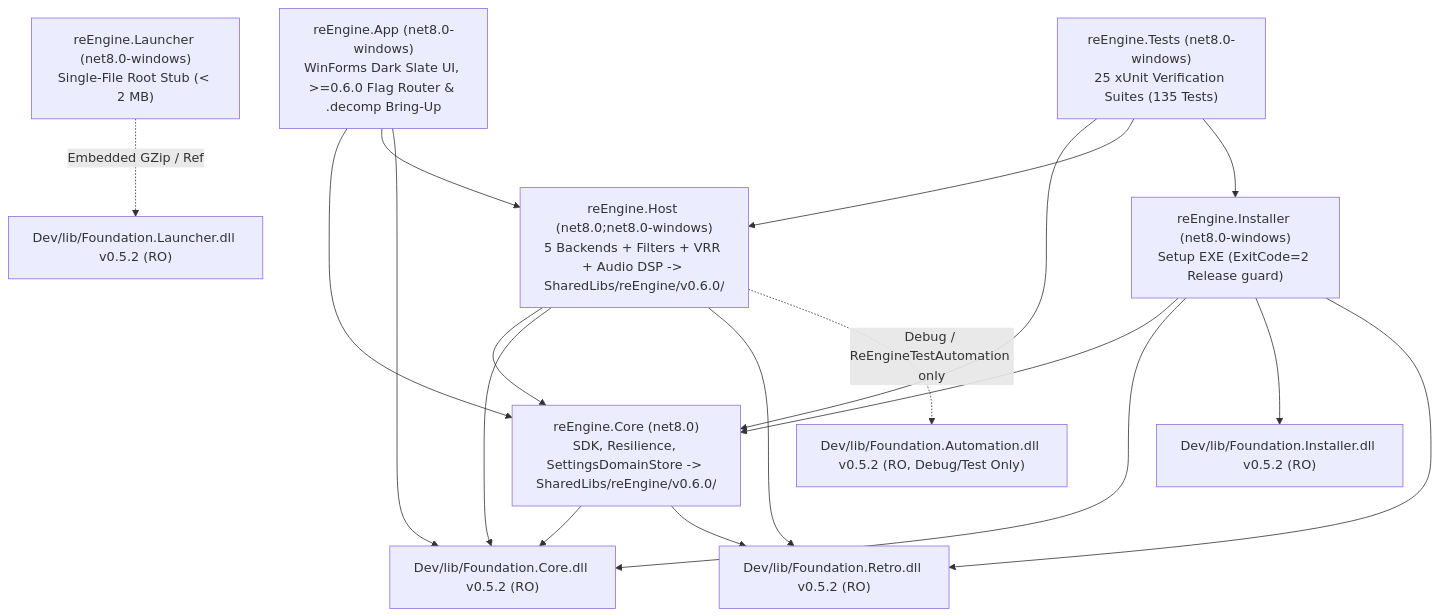
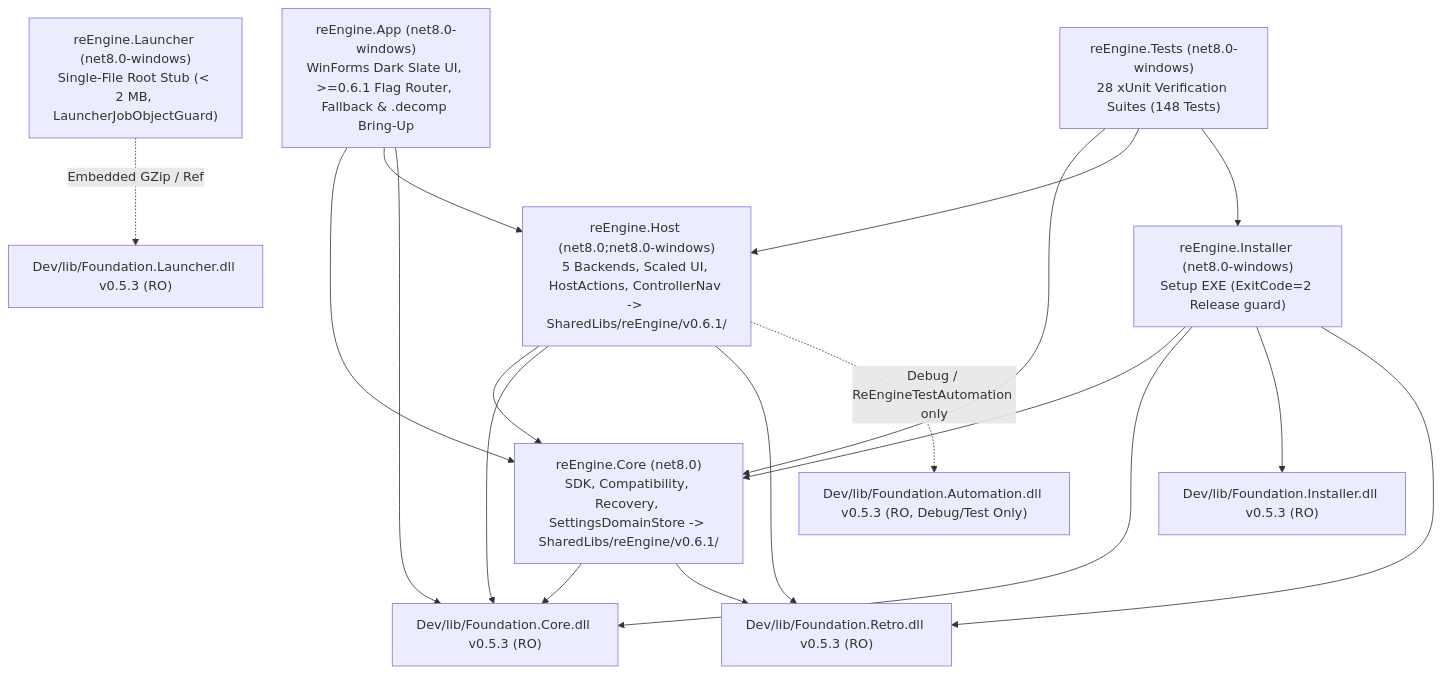
One commit to StreamItAllGit/reEngine changed the second of 2 diagrams in Dev/docs/ARCHITECTURE.md. Above: the diagram before and after it, drawn with Mermaid. The commit also changed other lines of this file and 24 other files, not shown here.

Commit message:
v0.6.1: R08 host UI/input parity, engine resolution & crash fallback, unified CLI/Launcher & Foundation v0.5.3

````diff
--- a/Dev/docs/ARCHITECTURE.md
+++ b/Dev/docs/ARCHITECTURE.md
@@ -43,33 +43,33 @@
 ```mermaid
 graph TD
-    FC["Dev/lib/Foundation.Core.dll v0.5.2 (RO)"]
-    FR["Dev/lib/Foundation.Retro.dll v0.5.2 (RO)"]
-    FI["Dev/lib/Foundation.Installer.dll v0.5.2 (RO)"]
-    FL["Dev/lib/Foundation.Launcher.dll v0.5.2 (RO)"]
-    FA["Dev/lib/Foundation.Automation.dll v0.5.2 (RO, Debug/Test Only)"]
+    FC["Dev/lib/Foundation.Core.dll v0.5.3 (RO)"]
+    FR["Dev/lib/Foundation.Retro.dll v0.5.3 (RO)"]
+    FI["Dev/lib/Foundation.Installer.dll v0.5.3 (RO)"]
+    FL["Dev/lib/Foundation.Launcher.dll v0.5.3 (RO)"]
+    FA["Dev/lib/Foundation.Automation.dll v0.5.3 (RO, Debug/Test Only)"]
 
-    Core["reEngine.Core (net8.0)\nSDK, Resilience, SettingsDomainStore -> SharedLibs/reEngine/v0.6.0/"]
-    Host["reEngine.Host (net8.0;net8.0-windows)\n5 Backends + Filters + VRR + Audio DSP -> SharedLibs/reEngine/v0.6.0/"]
-    App["reEngine.App (net8.0-windows)\nWinForms Dark Slate UI, >=0.6.0 Flag Router & .decomp Bring-Up"]
-    Launcher["reEngine.Launcher (net8.0-windows)\nSingle-File Root Stub (< 2 MB)"]
+    Core["reEngine.Core (net8.0)\nSDK, Compatibility, Recovery, SettingsDomainStore -> SharedLibs/reEngine/v0.6.1/"]
+    Host["reEngine.Host (net8.0;net8.0-windows)\n5 Backends, Scaled UI, HostActions, ControllerNav -> SharedLibs/reEngine/v0.6.1/"]
+    App["reEngine.App (net8.0-windows)\nWinForms Dark Slate UI, >=0.6.1 Flag Router, Fallback & .decomp Bring-Up"]
+    Launcher["reEngine.Launcher (net8.0-windows)\nSingle-File Root Stub (< 2 MB, LauncherJobObjectGuard)"]
     Setup["reEngine.Installer (net8.0-windows)\nSetup EXE (ExitCode=2 Release guard)"]
-    Tests["reEngine.Tests (net8.0-windows)\n25 xUnit Verification Suites (135 Tests)"]
+    Tests["reEngine.Tests (net8.0-windows)\n28 xUnit Verification Suites (148 Tests)"]
 
     Core --> FC
     Core --> FR
     Host --> Core
     Host --> FC
     Host --> FR
     Host -.->|Debug / ReEngineTestAutomation only| FA
     App --> Core
     App --> Host
     App --> FC
     Setup --> Core
     Setup --> FC
     Setup --> FI
     Setup --> FR
     Launcher -.->|Embedded GZip / Ref| FL
     Tests --> Core
     Tests --> Host
     Tests --> Setup
 ```
````
